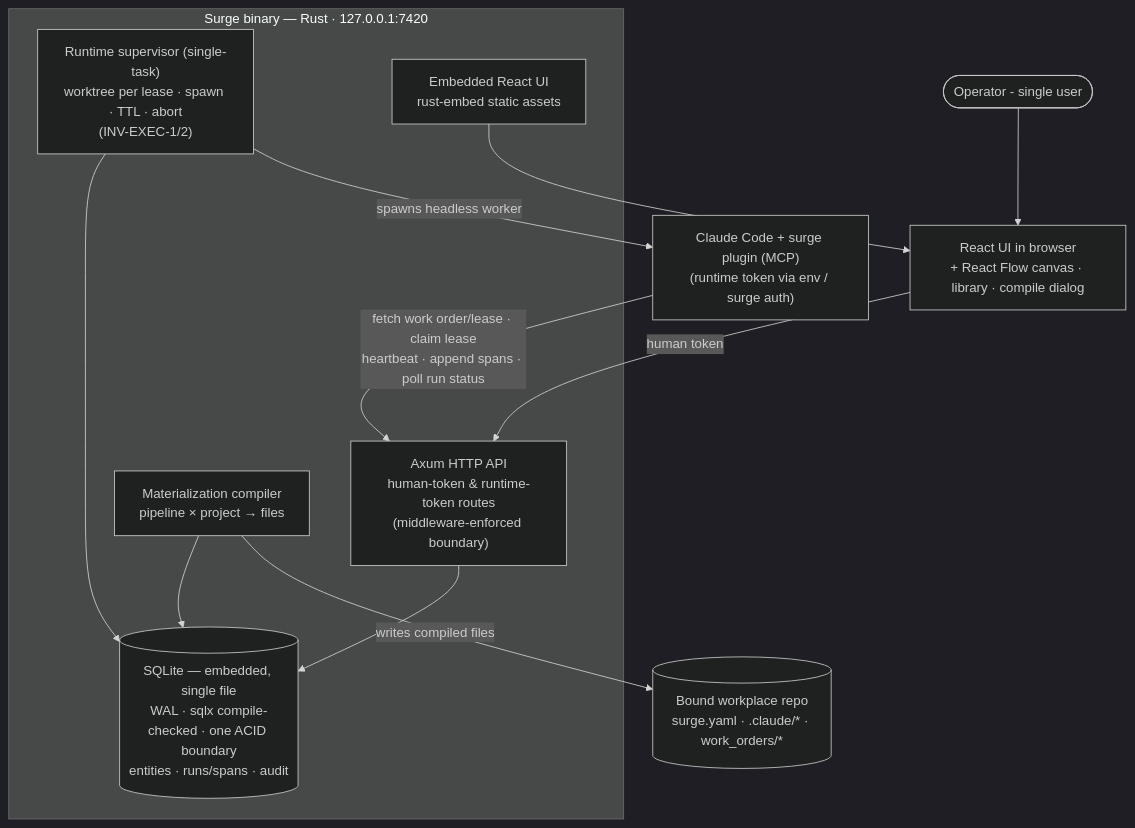
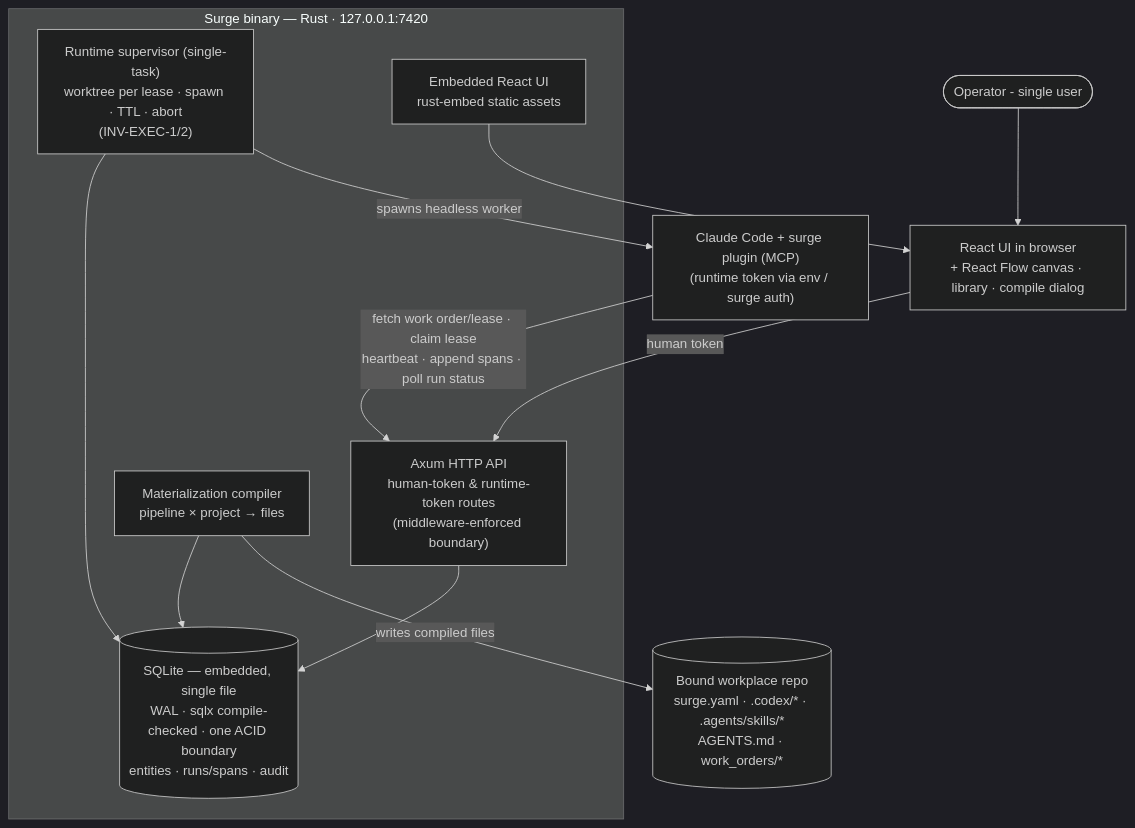
One commit to traitbound/surge changed the diagram in docs/phases/phase-1/phase.md. Above: the diagram before and after it, drawn with Mermaid (dark theme). The commit also changed 22 other files, not shown here.

````diff
--- a/docs/phases/phase-1/phase.md
+++ b/docs/phases/phase-1/phase.md
@@ -58,26 +58,26 @@
 ```mermaid
 graph TB
     operator([Operator - single user])
 
     subgraph binary["Surge binary — Rust · 127.0.0.1:7420"]
         api["Axum HTTP API<br/>human-token & runtime-token routes<br/>(middleware-enforced boundary)"]
         db[("SQLite — embedded, single file<br/>WAL · sqlx compile-checked · one ACID boundary<br/>entities · runs/spans · audit")]
         compiler["Materialization compiler<br/>pipeline × project → files"]
         supervisor["Runtime supervisor (single-task)<br/>worktree per lease · spawn · TTL · abort<br/>(INV-EXEC-1/2)"]
         ui_assets["Embedded React UI<br/>rust-embed static assets"]
     end
 
     browser["React UI in browser<br/>+ React Flow canvas · library · compile dialog"]
     runtime["Claude Code + surge plugin (MCP)<br/>(runtime token via env / surge auth)"]
-    repo[("Bound workplace repo<br/>surge.yaml · .claude/* · work_orders/*")]
+    repo[("Bound workplace repo<br/>surge.yaml · .codex/* · .agents/skills/*<br/>AGENTS.md · work_orders/*")]
 
     operator --> browser
     browser -->|"human token"| api
     ui_assets --> browser
     supervisor --> db
     supervisor -->|"spawns headless worker"| runtime
     runtime -->|"fetch work order/lease · claim lease<br/>heartbeat · append spans · poll run status"| api
     api --> db
     compiler --> db
     compiler -->|"writes compiled files"| repo
 ```
````
